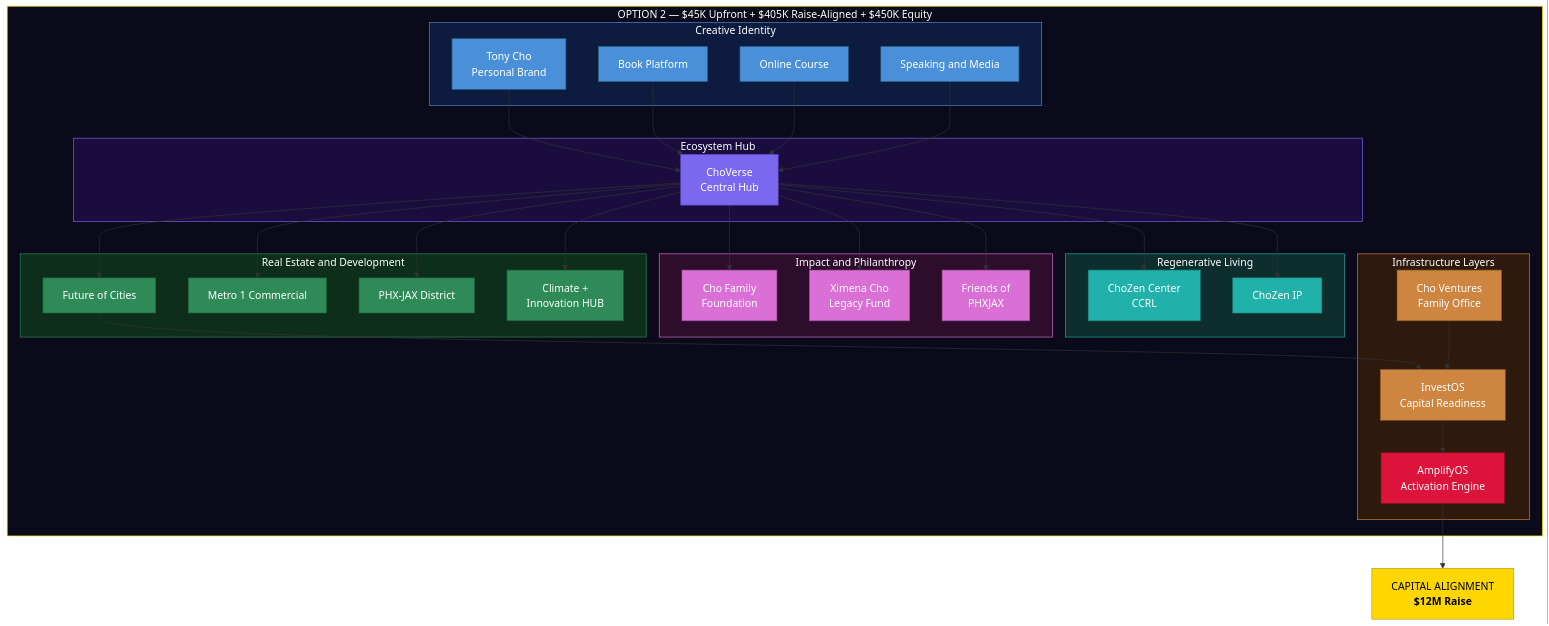
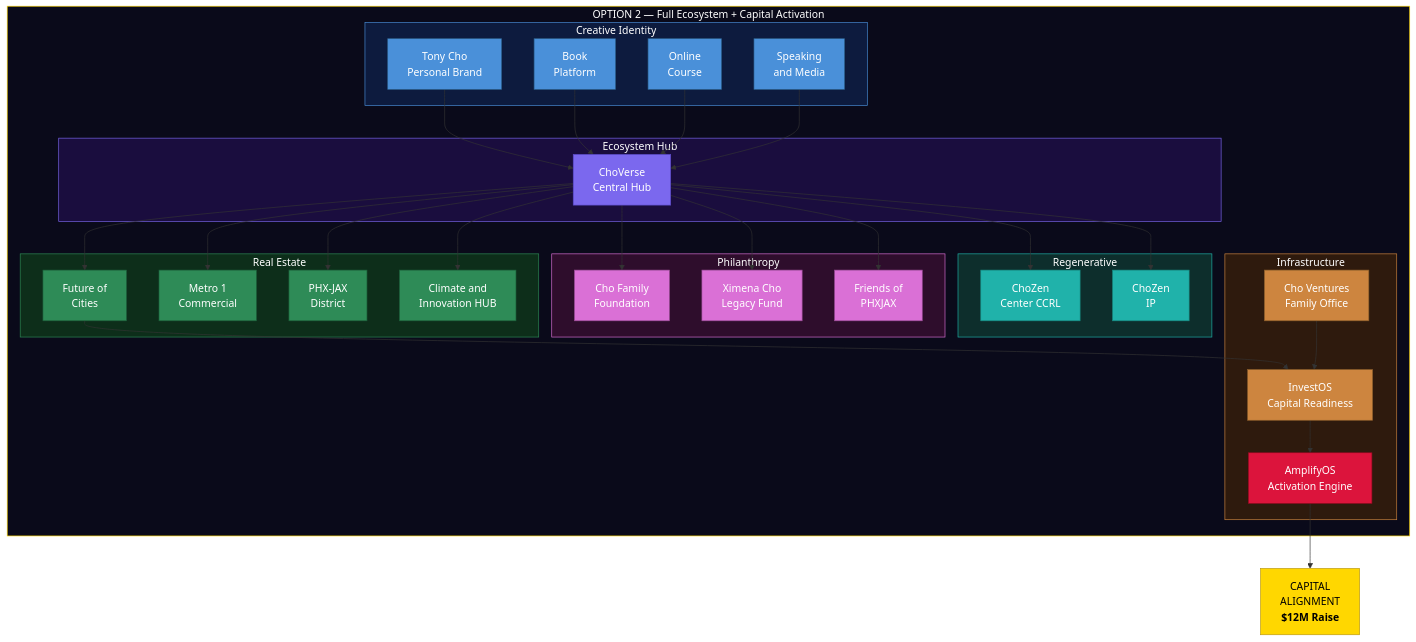
One commit to Light-Brands/brand-factory changed the sixth of 11 diagrams in brands-reorg/cho-ventures-ai/spec/pricing/final-pricing-strategy.md. Above: the diagram before and after it, drawn with Mermaid. The commit also changed other lines of this file and 1 other file, not shown here.

First line of the commit message:
Fix Mermaid diagram text wrapping to prevent label cutoff

````diff
--- a/brands-reorg/cho-ventures-ai/spec/pricing/final-pricing-strategy.md
+++ b/brands-reorg/cho-ventures-ai/spec/pricing/final-pricing-strategy.md
@@ -429,37 +429,37 @@
 ```mermaid
 flowchart TD
-    subgraph OPT2["OPTION 2 — $45K Upfront + $405K Raise-Aligned + $450K Equity"]
+    subgraph OPT2["OPTION 2 — Full Ecosystem + Capital Activation"]
 
         subgraph BRAND["Creative Identity"]
             TC["Tony Cho<br/>Personal Brand"]
-            BOOK["Book Platform"]
-            COURSE["Online Course"]
-            SPEAK["Speaking and Media"]
+            BOOK["Book<br/>Platform"]
+            COURSE["Online<br/>Course"]
+            SPEAK["Speaking<br/>and Media"]
         end
 
         subgraph ECOSYSTEM["Ecosystem Hub"]
             CV["ChoVerse<br/>Central Hub"]
         end
 
-        subgraph REALESTATE["Real Estate and Development"]
-            FOC["Future of Cities"]
-            M1["Metro 1 Commercial"]
-            PHX["PHX-JAX District"]
-            HUB["Climate +<br/>Innovation HUB"]
+        subgraph REALESTATE["Real Estate"]
+            FOC["Future of<br/>Cities"]
+            M1["Metro 1<br/>Commercial"]
+            PHX["PHX-JAX<br/>District"]
+            HUB["Climate and<br/>Innovation HUB"]
         end
 
-        subgraph REGEN["Regenerative Living"]
-            CCRL["ChoZen Center<br/>CCRL"]
-            CZIP["ChoZen IP"]
+        subgraph REGEN["Regenerative"]
+            CCRL["ChoZen<br/>Center CCRL"]
+            CZIP["ChoZen<br/>IP"]
         end
 
-        subgraph PHILANTHROPY["Impact and Philanthropy"]
+        subgraph PHILANTHROPY["Philanthropy"]
             CFF["Cho Family<br/>Foundation"]
             XCLF["Ximena Cho<br/>Legacy Fund"]
             FOP["Friends of<br/>PHXJAX"]
         end
 
-        subgraph INFRA["Infrastructure Layers"]
+        subgraph INFRA["Infrastructure"]
             CVF["Cho Ventures<br/>Family Office"]
             IO["InvestOS<br/>Capital Readiness"]
             AO["AmplifyOS<br/>Activation Engine"]
@@ -485,7 +485,7 @@
     FOC --> IO
     CVF --> IO
     IO --> AO
-    AO --> CA["CAPITAL ALIGNMENT<br/><b>$12M Raise</b>"]
+    AO --> CA["CAPITAL<br/>ALIGNMENT<br/><b>$12M Raise</b>"]
 
     style TC fill:#4A90D9,stroke:#2C5F8A,color:#fff
     style BOOK fill:#4A90D9,stroke:#2C5F8A,color:#fff
````
